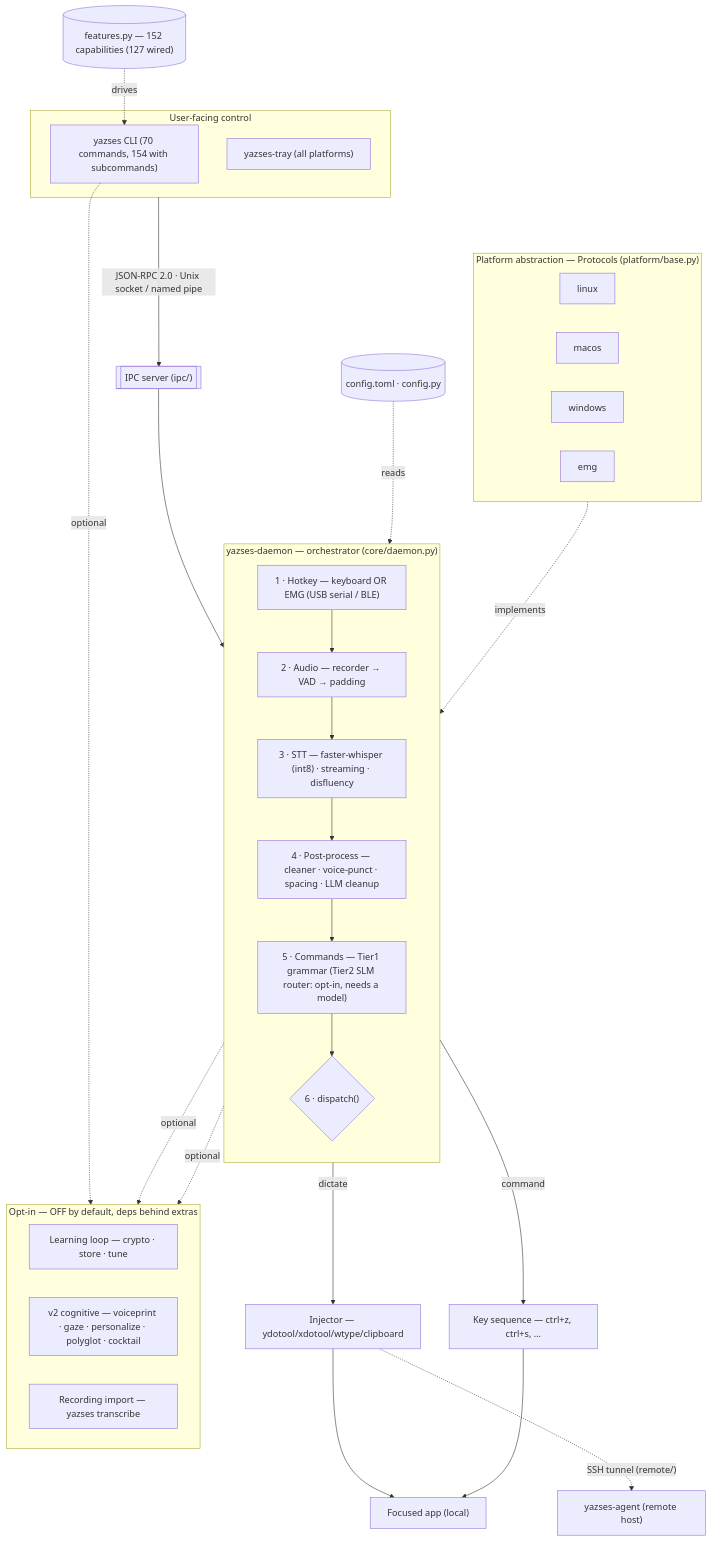
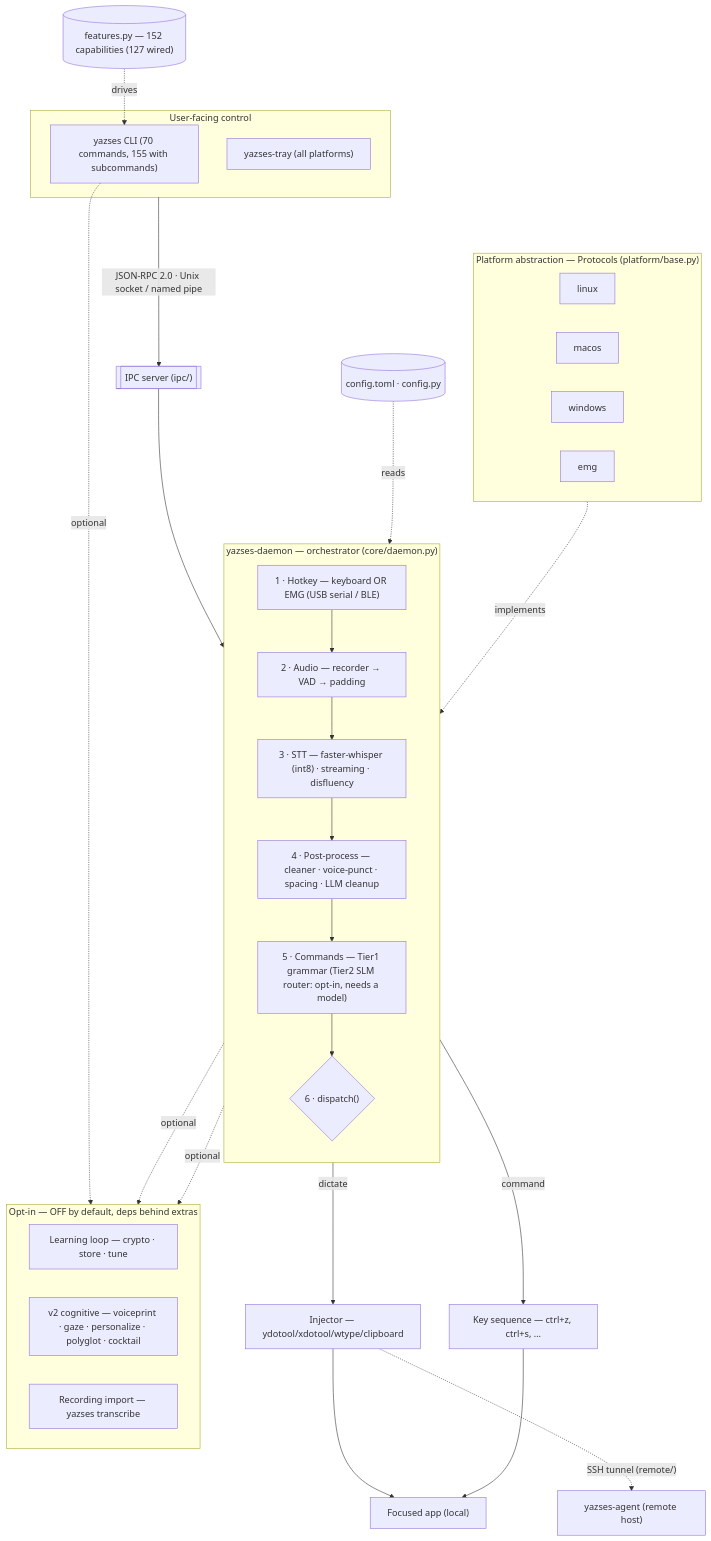
One commit to MSKazemi/yazses changed the diagram in docs/diagrams/index.md. Above: the diagram before and after it, drawn with Mermaid. The commit also changed 2 other files, not shown here.

Commit message:
docs(architecture): count the biosignal field-test-pool command in the figures and diagrams

````diff
--- a/docs/diagrams/index.md
+++ b/docs/diagrams/index.md
@@ -22,50 +22,50 @@
 ```mermaid
 flowchart TB
   subgraph UI["User-facing control"]
-    CLI["yazses CLI (70 commands, 154 with subcommands)"]
+    CLI["yazses CLI (70 commands, 155 with subcommands)"]
     TRAY["yazses-tray (all platforms)"]
   end
   UI -->|"JSON-RPC 2.0 · Unix socket / named pipe"| IPC[["IPC server (ipc/)"]]
   IPC --> DAEMON
 
   subgraph DAEMON["yazses-daemon — orchestrator (core/daemon.py)"]
     direction TB
     HK["1 · Hotkey — keyboard OR EMG (USB serial / BLE)"]
     AUD["2 · Audio — recorder → VAD → padding"]
     STT["3 · STT — faster-whisper (int8) · streaming · disfluency"]
     PP["4 · Post-process — cleaner · voice-punct · spacing · LLM cleanup"]
     CMD["5 · Commands — Tier1 grammar (Tier2 SLM router: opt-in, needs a model)"]
     DIS{"6 · dispatch()"}
     HK --> AUD --> STT --> PP --> CMD --> DIS
   end
 
   CFG[("config.toml · config.py")]
   FEAT[("features.py — 152 capabilities (127 wired)")]
   CFG -. reads .-> DAEMON
   FEAT -. drives .-> CLI
 
   DIS -->|dictate| INJ["Injector — ydotool/xdotool/wtype/clipboard"]
   DIS -->|command| KEYS["Key sequence — ctrl+z, ctrl+s, …"]
   INJ --> APP["Focused app (local)"]
   KEYS --> APP
   INJ -. "SSH tunnel (remote/)" .-> AGENT["yazses-agent (remote host)"]
 
   subgraph PLAT["Platform abstraction — Protocols (platform/base.py)"]
     direction LR
     LNX["linux"]
     MAC["macos"]
     WIN["windows"]
     EMG["emg"]
   end
   PLAT -. implements .-> DAEMON
 
   subgraph OPT["Opt-in — OFF by default, deps behind extras"]
     direction LR
     LEARN["Learning loop — crypto · store · tune"]
     V2["v2 cognitive — voiceprint · gaze · personalize · polyglot · cocktail"]
     RECIMP["Recording import — yazses transcribe"]
   end
   DAEMON -. optional .-> LEARN
   DAEMON -. optional .-> V2
   CLI -. optional .-> RECIMP
 ```
````
